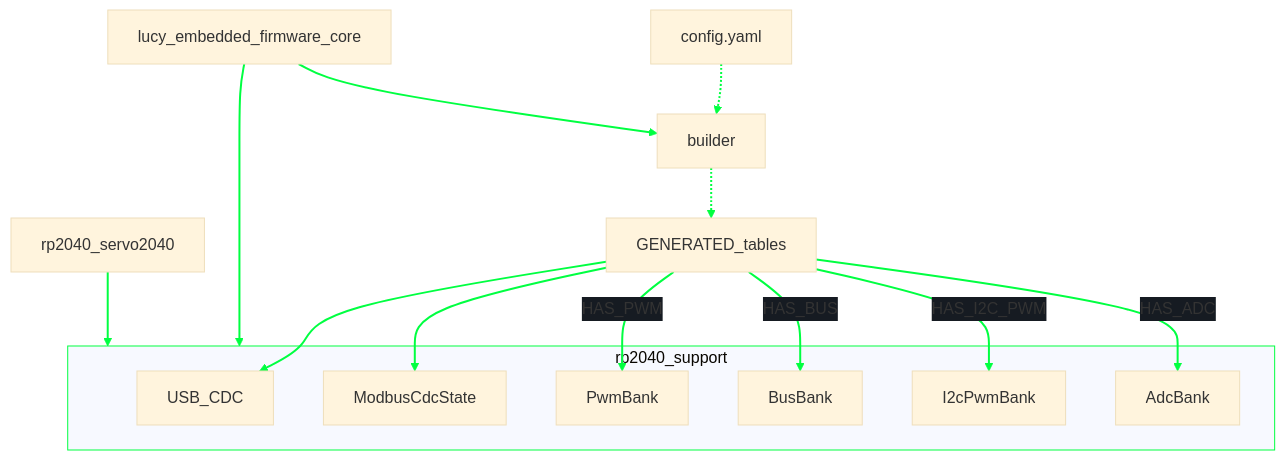
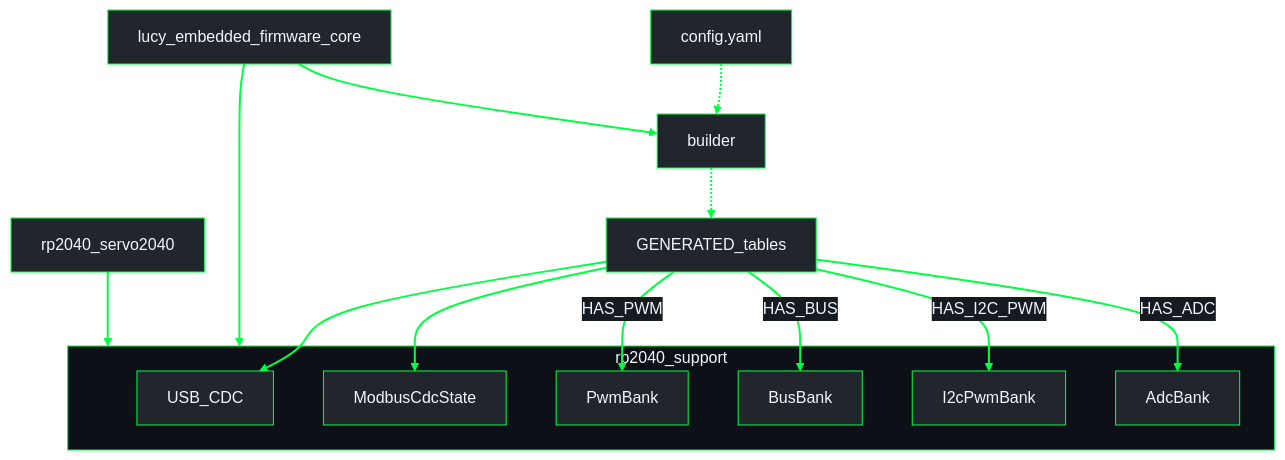
Before and after one commit to Lucy-Robotics/lucy_embedded_firmware: the first of 2 diagrams in docs/architecture/firmware.md, drawn with Mermaid.

Commit message:
fix(architecture): raise HAS_* edge-label contrast on firmware crate diagram

````diff
--- a/docs/architecture/firmware.md
+++ b/docs/architecture/firmware.md
@@ -12,25 +12,25 @@
 ```mermaid
-%%{init: {"theme": "base", "themeVariables": {"lineColor": "#00FF41", "edgeLabelBackground": "#161b22", "clusterBorder": "#00FF41"}}}%%
+%%{init: {"theme": "base", "themeVariables": {"darkMode": true, "background": "#0d1117", "mainBkg": "#21262d", "primaryColor": "#21262d", "primaryTextColor": "#f0f6fc", "primaryBorderColor": "#00FF41", "secondaryColor": "#161b22", "secondaryTextColor": "#f0f6fc", "secondaryBorderColor": "#00FF41", "tertiaryColor": "#161b22", "tertiaryTextColor": "#f0f6fc", "tertiaryBorderColor": "#00FF41", "lineColor": "#00FF41", "textColor": "#f0f6fc", "nodeTextColor": "#f0f6fc", "edgeLabelBackground": "#161b22", "clusterBkg": "#0d1117", "clusterBorder": "#00FF41", "titleColor": "#f0f6fc"}}}%%
 flowchart TB
   YAML["config.yaml"] -.-> Builder["builder"]
   Builder -.-> Cfg["GENERATED_tables"]
   subgraph support ["rp2040_support"]
     USB["USB_CDC"]
     Modbus["ModbusCdcState"]
     PWM["PwmBank"]
     Bus["BusBank"]
     I2C["I2cPwmBank"]
     ADC["AdcBank"]
   end
   Cfg --> USB
   Cfg --> Modbus
   Cfg -->|"HAS_PWM"| PWM
   Cfg -->|"HAS_BUS"| Bus
   Cfg -->|"HAS_I2C_PWM"| I2C
   Cfg -->|"HAS_ADC"| ADC
   Core["lucy_embedded_firmware_core"]
   Core --> Builder
   Core --> support
   S2040["rp2040_servo2040"] --> support
   linkStyle default stroke:#00FF41,stroke-width:2px
 ```
````
